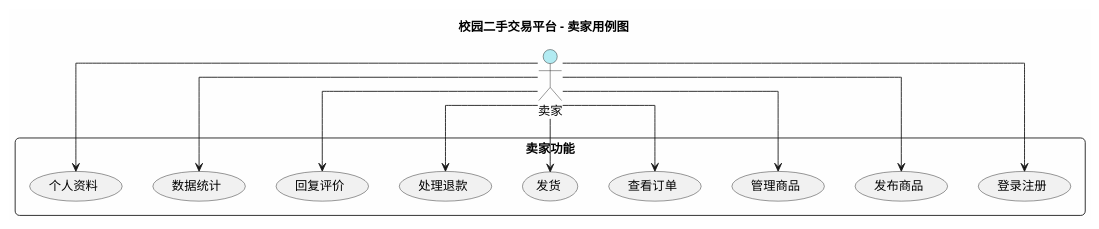
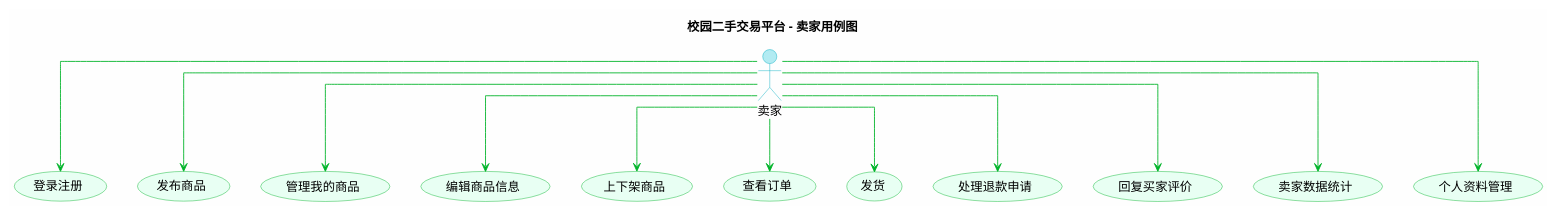
The diagram in docs/usecase-seller.puml (RYELOBE/hmapp01), drawn with PlantUML before and after one commit. The commit also changed 2 other files, not shown here.

```diff
--- a/docs/usecase-seller.puml
+++ b/docs/usecase-seller.puml
@@ -1,33 +1,44 @@
 @startuml
 skinparam backgroundColor #FEFEFE
 skinparam shadowing false
 skinparam roundcorner 10
 skinparam linetype ortho
+skinparam usecase {
+  BackgroundColor #E8FFF3
+  BorderColor #00B42A
+  ArrowColor #00B42A
+}
+skinparam actor {
+  BackgroundColor #B2EBF2
+  BorderColor #00ACC1
+}
 
 title 校园二手交易平台 - 卖家用例图
 
-actor "卖家" as seller #B2EBF2
+actor "卖家" as seller
 
-rectangle "卖家功能" {
-    usecase "登录注册" as UC1
-    usecase "发布商品" as UC2
-    usecase "管理商品" as UC3
-    usecase "查看订单" as UC4
-    usecase "发货" as UC5
-    usecase "处理退款" as UC6
-    usecase "回复评价" as UC7
-    usecase "数据统计" as UC8
-    usecase "个人资料" as UC9
-}
+usecase "登录注册" as UC1
+usecase "发布商品" as UC2
+usecase "管理我的商品" as UC3
+usecase "编辑商品信息" as UC4
+usecase "上下架商品" as UC5
+usecase "查看订单" as UC6
+usecase "发货" as UC7
+usecase "处理退款申请" as UC8
+usecase "回复买家评价" as UC9
+usecase "卖家数据统计" as UC10
+usecase "个人资料管理" as UC11
 
 seller --> UC1
 seller --> UC2
 seller --> UC3
 seller --> UC4
 seller --> UC5
 seller --> UC6
 seller --> UC7
 seller --> UC8
 seller --> UC9
+seller --> UC10
+seller --> UC11
 
 @enduml
```
